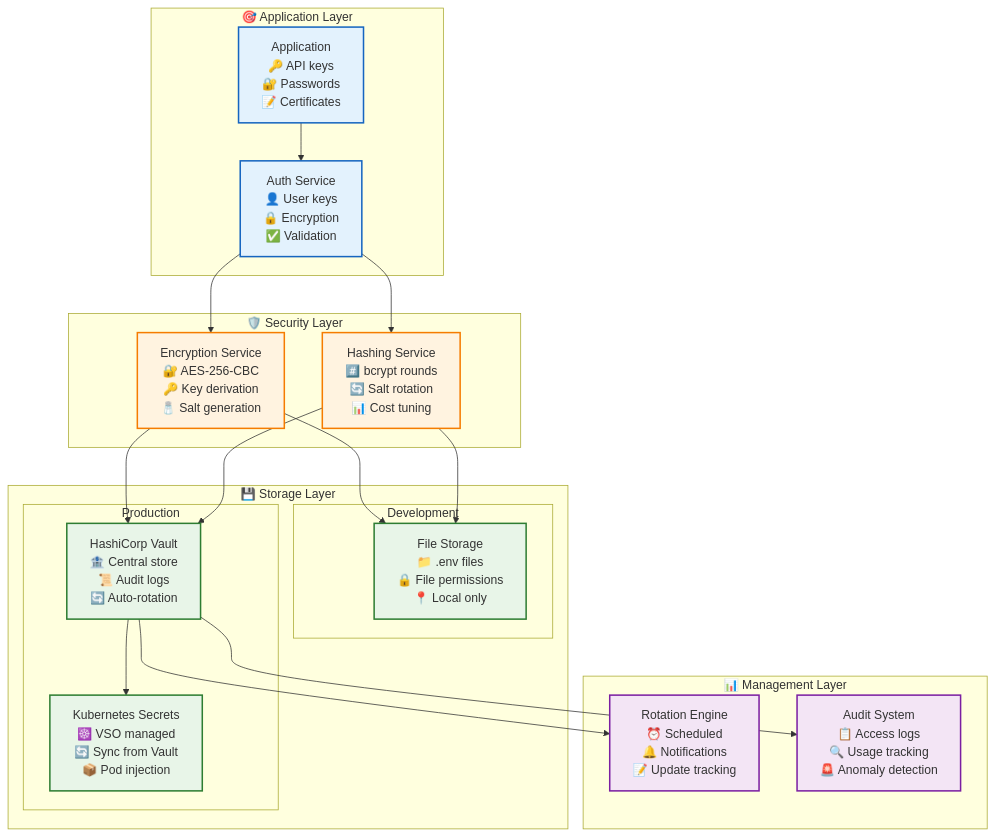
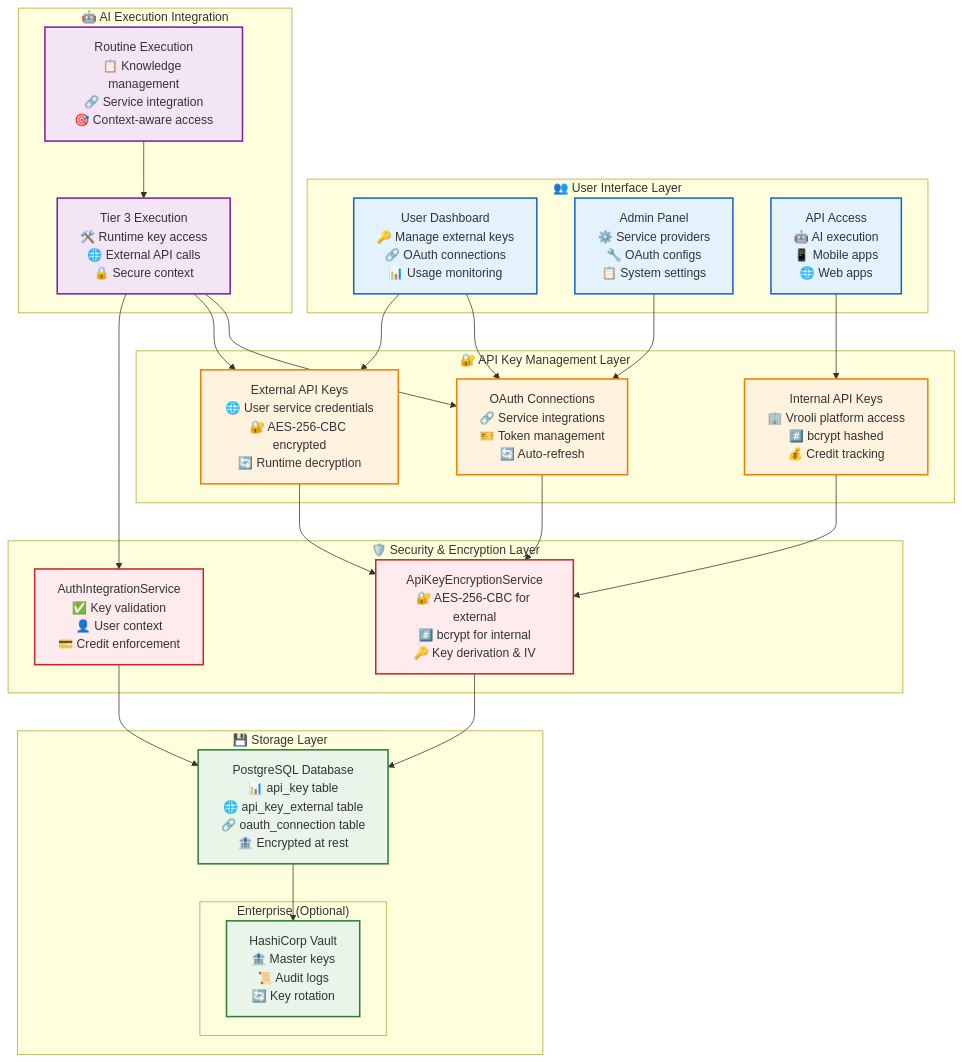
The diagram in docs/architecture/core-services/secrets-management.md (Vrooli/Vrooli), drawn with Mermaid before and after one commit. The commit also changed other lines of this file and 3 other files, not shown here.

````diff
--- a/docs/architecture/core-services/secrets-management.md
+++ b/docs/architecture/core-services/secrets-management.md
@@ -19,47 +37,62 @@
 ```mermaid
 graph TB
-    subgraph "🎯 Application Layer"
-        App[Application<br/>🔑 API keys<br/>🔐 Passwords<br/>📝 Certificates]
-        Auth[Auth Service<br/>👤 User keys<br/>🔒 Encryption<br/>✅ Validation]
+    subgraph "👥 User Interface Layer"
+        UserDashboard[User Dashboard<br/>🔑 Manage external keys<br/>🔗 OAuth connections<br/>📊 Usage monitoring]
+        AdminPanel[Admin Panel<br/>⚙️ Service providers<br/>🔧 OAuth configs<br/>📋 System settings]
+        APIAccess[API Access<br/>🤖 AI execution<br/>📱 Mobile apps<br/>🌐 Web apps]
     end
     
-    subgraph "🛡️ Security Layer"
-        Encrypt[Encryption Service<br/>🔐 AES-256-CBC<br/>🔑 Key derivation<br/>🧂 Salt generation]
-        Hash[Hashing Service<br/>#️⃣ bcrypt rounds<br/>🔄 Salt rotation<br/>📊 Cost tuning]
+    subgraph "🔐 API Key Management Layer"
+        InternalKeyService[Internal API Keys<br/>🏢 Vrooli platform access<br/>#️⃣ bcrypt hashed<br/>💰 Credit tracking]
+        ExternalKeyService[External API Keys<br/>🌐 User service credentials<br/>🔐 AES-256-CBC encrypted<br/>🔄 Runtime decryption]
+        OAuthService[OAuth Connections<br/>🔗 Service integrations<br/>🎫 Token management<br/>🔄 Auto-refresh]
+    end
+    
+    subgraph "🛡️ Security & Encryption Layer"
+        ApiKeyEncryption[ApiKeyEncryptionService<br/>🔐 AES-256-CBC for external<br/>#️⃣ bcrypt for internal<br/>🔑 Key derivation & IV]
+        AuthIntegration[AuthIntegrationService<br/>✅ Key validation<br/>👤 User context<br/>💳 Credit enforcement]
     end
     
     subgraph "💾 Storage Layer"
-        subgraph "Development"
-            Files[File Storage<br/>📁 .env files<br/>🔒 File permissions<br/>📍 Local only]
-        end
+        PostgreSQL[PostgreSQL Database<br/>📊 api_key table<br/>🌐 api_key_external table<br/>🔗 oauth_connection table<br/>🏦 Encrypted at rest]
         
-        subgraph "Production"
-            Vault[HashiCorp Vault<br/>🏦 Central store<br/>📜 Audit logs<br/>🔄 Auto-rotation]
-            K8s[Kubernetes Secrets<br/>☸️ VSO managed<br/>🔄 Sync from Vault<br/>📦 Pod injection]
+        subgraph "Enterprise (Optional)"
+            Vault[HashiCorp Vault<br/>🏦 Master keys<br/>📜 Audit logs<br/>🔄 Key rotation]
         end
     end
     
-    subgraph "📊 Management Layer"
-        Rotation[Rotation Engine<br/>⏰ Scheduled<br/>🔔 Notifications<br/>📝 Update tracking]
-        Audit[Audit System<br/>📋 Access logs<br/>🔍 Usage tracking<br/>🚨 Anomaly detection]
+    subgraph "🤖 AI Execution Integration"
+        TierThree[Tier 3 Execution<br/>🛠️ Runtime key access<br/>🌐 External API calls<br/>🔒 Secure context]
+        RoutineExecution[Routine Execution<br/>📋 Knowledge management<br/>🔗 Service integration<br/>🎯 Context-aware access]
     end
     
-    App --> Auth
-    Auth --> Encrypt & Hash
-    Encrypt --> Files & Vault
-    Hash --> Files & Vault
-    Vault --> K8s
+    UserDashboard --> ExternalKeyService
+    UserDashboard --> OAuthService
+    AdminPanel --> OAuthService
+    APIAccess --> InternalKeyService
     
-    Vault --> Rotation
-    Vault --> Audit
+    InternalKeyService --> ApiKeyEncryption
+    ExternalKeyService --> ApiKeyEncryption
+    OAuthService --> ApiKeyEncryption
     
-    classDef app fill:#e3f2fd,stroke:#1565c0,stroke-width:2px
-    classDef security fill:#fff3e0,stroke:#f57c00,stroke-width:2px
+    ApiKeyEncryption --> PostgreSQL
+    AuthIntegration --> PostgreSQL
+    PostgreSQL --> Vault
+    
+    TierThree --> AuthIntegration
+    TierThree --> ExternalKeyService
+    TierThree --> OAuthService
+    RoutineExecution --> TierThree
+    
+    classDef ui fill:#e3f2fd,stroke:#1565c0,stroke-width:2px
+    classDef keymanagement fill:#fff3e0,stroke:#f57c00,stroke-width:2px
+    classDef security fill:#ffebee,stroke:#c62828,stroke-width:2px
     classDef storage fill:#e8f5e8,stroke:#2e7d32,stroke-width:2px
-    classDef management fill:#f3e5f5,stroke:#7b1fa2,stroke-width:2px
+    classDef execution fill:#f3e5f5,stroke:#7b1fa2,stroke-width:2px
     
-    class App,Auth app
-    class Encrypt,Hash security
-    class Files,Vault,K8s storage
-    class Rotation,Audit management
+    class UserDashboard,AdminPanel,APIAccess ui
+    class InternalKeyService,ExternalKeyService,OAuthService keymanagement
+    class ApiKeyEncryption,AuthIntegration security
+    class PostgreSQL,Vault storage
+    class TierThree,RoutineExecution execution
 ```
````
